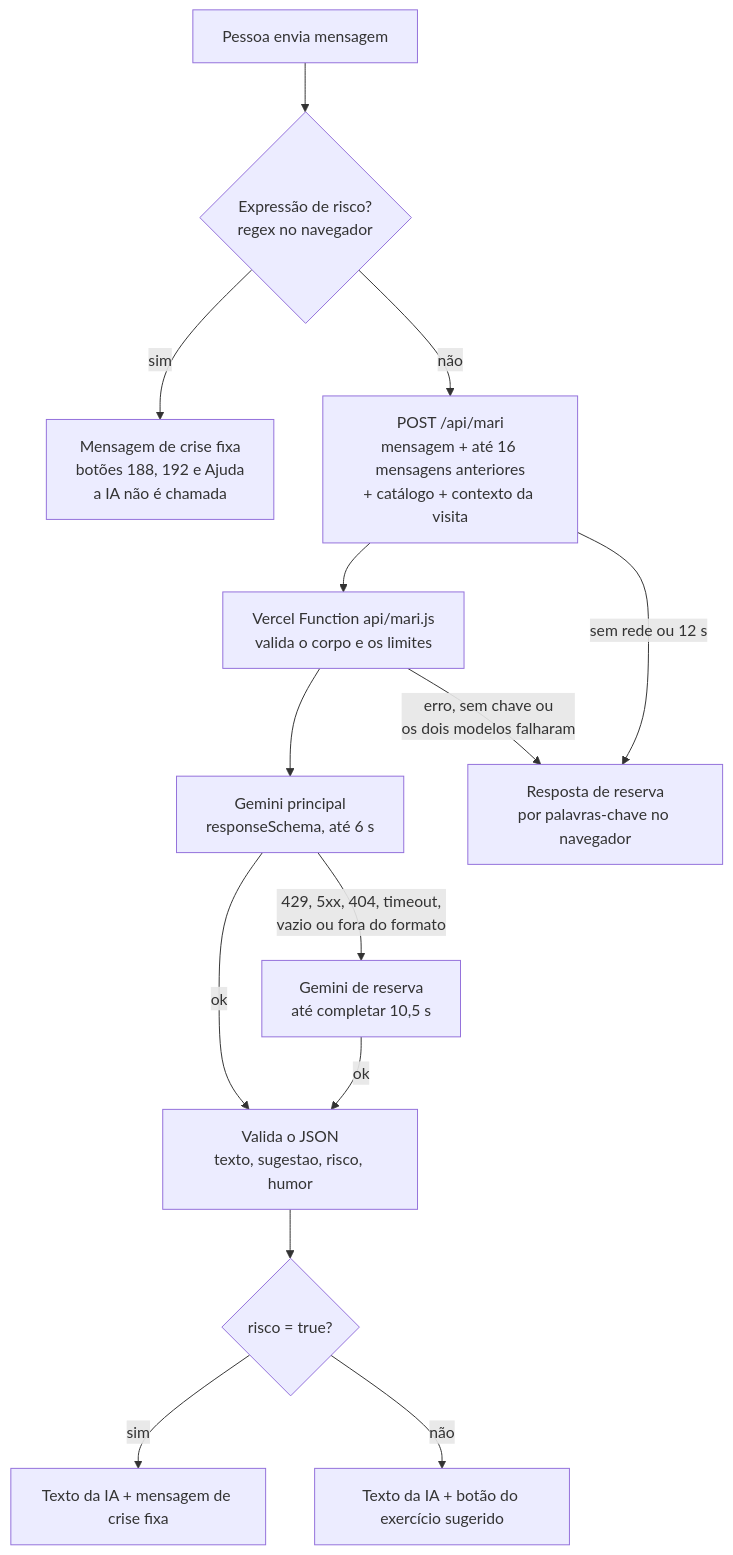
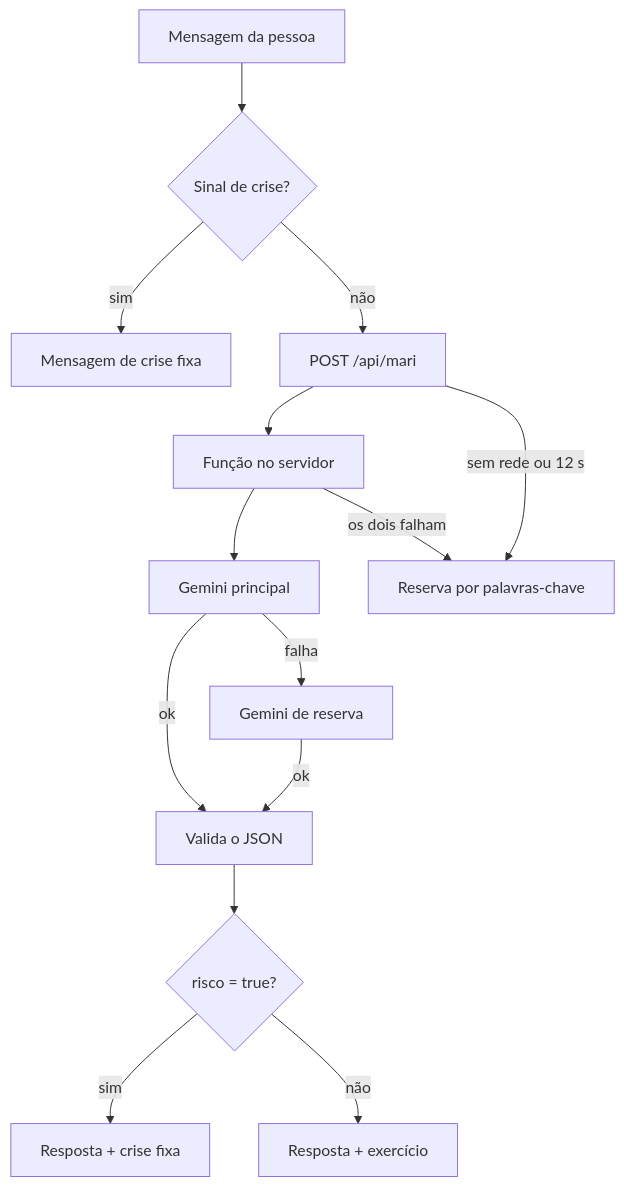
The diagram in README.md (MERECHIA/mari-assistente), drawn with Mermaid before and after one commit. The commit also changed other lines of this file, not shown here.

````diff
--- a/README.md
+++ b/README.md
@@ -33,16 +33,16 @@
 ```mermaid
 flowchart TD
-    A[Pessoa envia mensagem] --> B{Expressão de risco?<br/>regex no navegador}
-    B -- sim --> C[Mensagem de crise fixa<br/>botões 188, 192 e Ajuda<br/>a IA não é chamada]
-    B -- não --> D[POST /api/mari<br/>mensagem + até 16 mensagens anteriores<br/>+ catálogo + contexto da visita]
-    D --> E[Vercel Function api/mari.js<br/>valida o corpo e os limites]
-    E --> F[Gemini principal<br/>responseSchema, até 6 s]
-    F -- 429, 5xx, 404, timeout,<br/>vazio ou fora do formato --> G[Gemini de reserva<br/>até completar 10,5 s]
-    F -- ok --> H[Valida o JSON<br/>texto, sugestao, risco, humor]
+    A[Mensagem da pessoa] --> B{Sinal de crise?}
+    B -- sim --> C[Mensagem de crise fixa]
+    B -- não --> D[POST /api/mari]
+    D --> E[Função no servidor]
+    E --> F[Gemini principal]
+    F -- falha --> G[Gemini de reserva]
+    F -- ok --> H[Valida o JSON]
     G -- ok --> H
     H --> I{risco = true?}
-    I -- sim --> J[Texto da IA + mensagem de crise fixa]
-    I -- não --> K[Texto da IA + botão do exercício sugerido]
-    E -- erro, sem chave ou<br/>os dois modelos falharam --> L[Resposta de reserva<br/>por palavras-chave no navegador]
+    I -- sim --> J[Resposta + crise fixa]
+    I -- não --> K[Resposta + exercício]
+    E -- os dois falham --> L[Reserva por palavras-chave]
     D -- sem rede ou 12 s --> L
 ```
````
